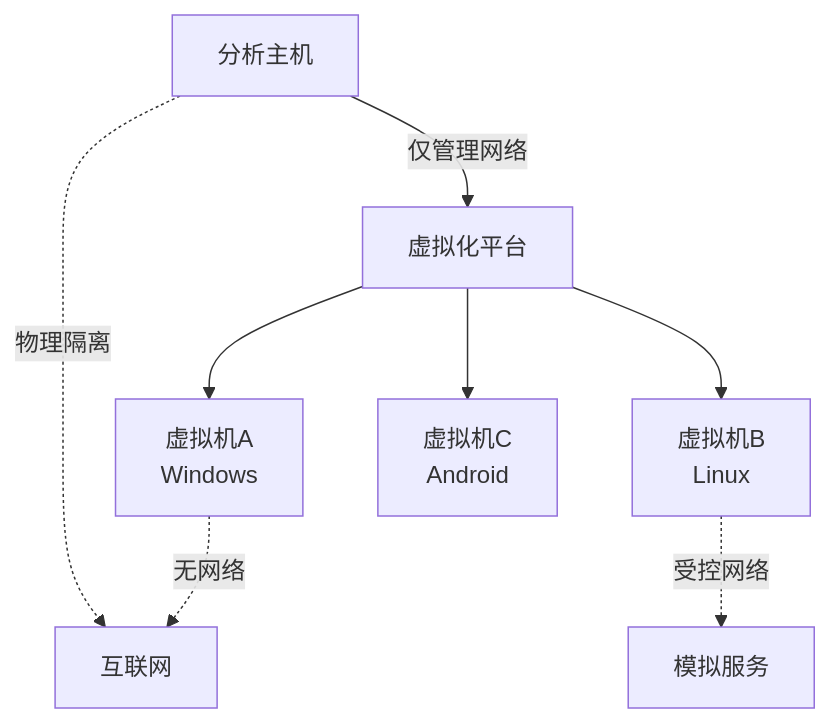
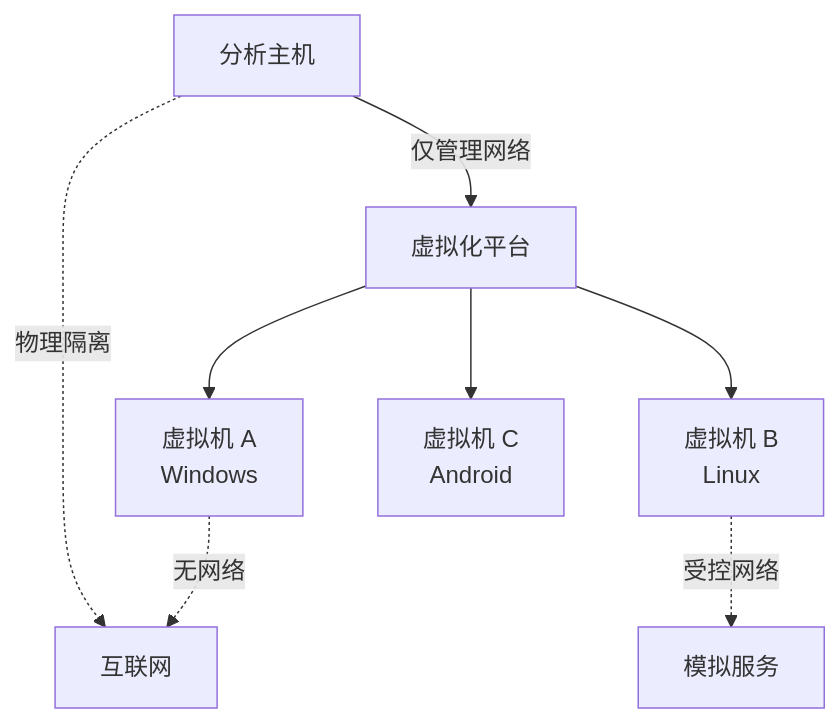
The second of 9 diagrams in 05_ComputerScience/Cybersecurity/MalwareAnalysis.md (Tianshang301/TianshangKnowledgeBase), drawn with Mermaid before and after one commit. The commit also changed other lines of this file and 2257 other files, not shown here.

````diff
--- a/05_ComputerScience/Cybersecurity/MalwareAnalysis.md
+++ b/05_ComputerScience/Cybersecurity/MalwareAnalysis.md
@@ -37,10 +39,10 @@
 ```mermaid
 graph TB
     A[分析主机] -->|仅管理网络| B[虚拟化平台]
-    B --> C[虚拟机A<br/>Windows]
-    B --> D[虚拟机B<br/>Linux]
-    B --> E[虚拟机C<br/>Android]
+    B --> C[虚拟机 A<br/>Windows]
+    B --> D[虚拟机 B<br/>Linux]
+    B --> E[虚拟机 C<br/>Android]
     A -.->|物理隔离| F[互联网]
     C -.->|无网络| F
     D -.->|受控网络| G[模拟服务]
 ```
````
